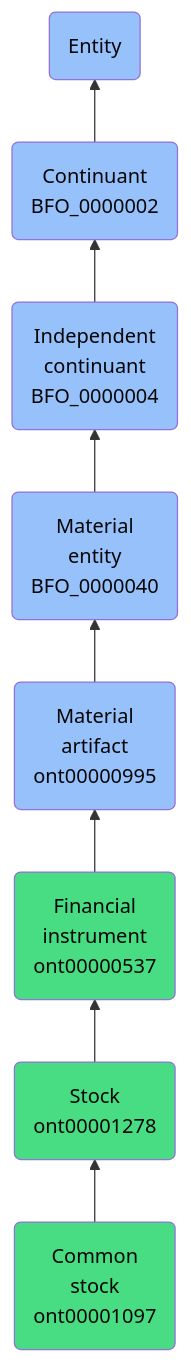
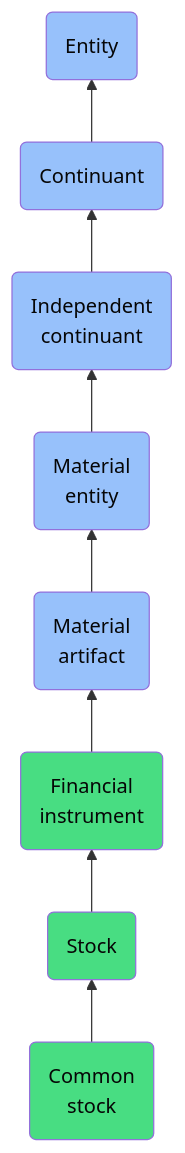
One commit to jupyter-naas/abi changed the diagram in docs/ontology/reference/model/Entity/Continuant/Independent continuant/Material entity/Material artifact/Financial instrument/Stock/Common stock/Common stock.md. Above: the diagram before and after it, drawn with Mermaid. The commit also changed other lines of this file and 1430 other files, not shown here.

````diff
--- a/docs/ontology/reference/model/Entity/Continuant/Independent continuant/Material entity/Material artifact/Financial instrument/Stock/Common stock/Common stock.md
+++ b/docs/ontology/reference/model/Entity/Continuant/Independent continuant/Material entity/Material artifact/Financial instrument/Stock/Common stock/Common stock.md
@@ -24,15 +24,15 @@
 ```mermaid
 graph BT
-    ont00001097(Common<br>stock<br>ont00001097):::ABI-->ont00001278
-    ont00001278(Stock<br>ont00001278):::ABI-->ont00000537
-    ont00000537(Financial<br>instrument<br>ont00000537):::ABI-->ont00000995
-    ont00000995(Material<br>artifact<br>ont00000995):::BFO-->BFO_0000040
-    BFO_0000040(Material<br>entity<br>BFO_0000040):::BFO-->BFO_0000004
-    BFO_0000004(Independent<br>continuant<br>BFO_0000004):::BFO-->BFO_0000002
-    BFO_0000002(Continuant<br>BFO_0000002):::BFO-->BFO_0000001
+    ont00001097(Common<br>stock):::ABI-->ont00001278
+    ont00001278(Stock):::ABI-->ont00000537
+    ont00000537(Financial<br>instrument):::ABI-->ont00000995
+    ont00000995(Material<br>artifact):::BFO-->BFO_0000040
+    BFO_0000040(Material<br>entity):::BFO-->BFO_0000004
+    BFO_0000004(Independent<br>continuant):::BFO-->BFO_0000002
+    BFO_0000002(Continuant):::BFO-->BFO_0000001
     BFO_0000001(Entity):::BFO
     
     classDef BFO fill:#97c1fb,color:#060606
     classDef CCO fill:#e4c51e,color:#060606
     classDef ABI fill:#48DD82,color:#060606
 ```
````
